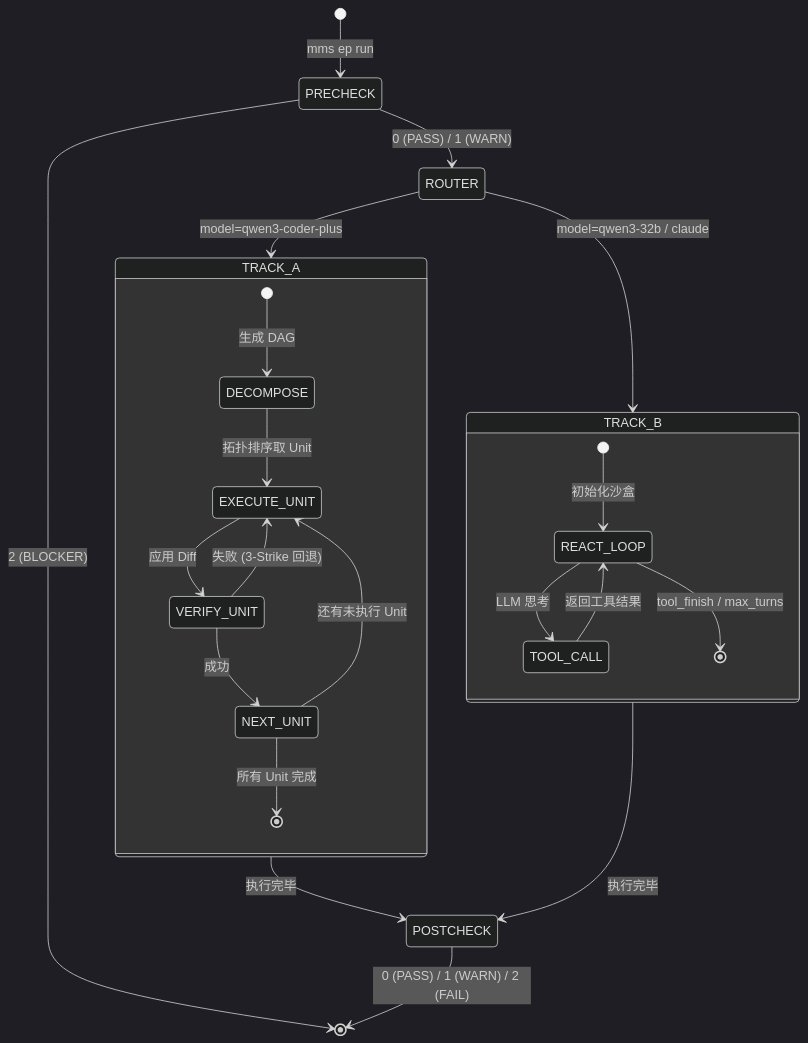
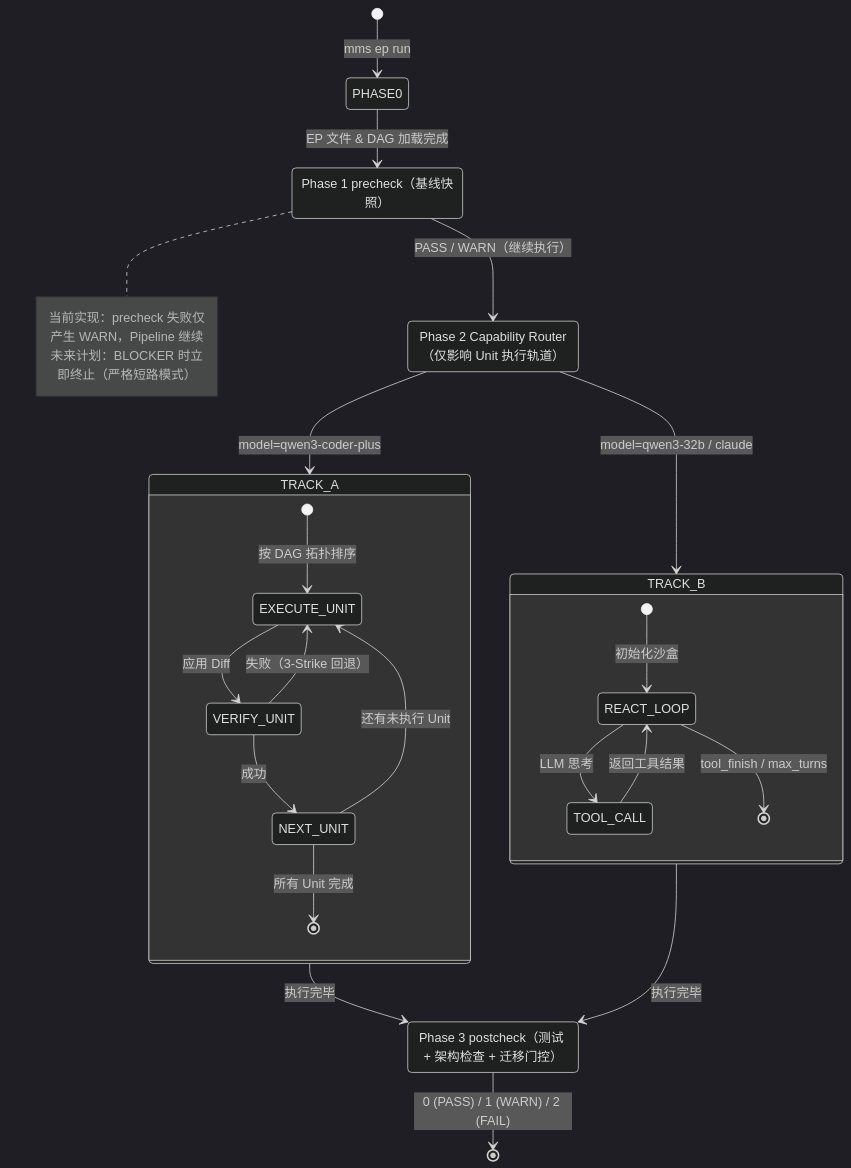
Before and after one commit to allengaoo/mms: the diagram in src/mms/workflow/workflow_readme.md, drawn with Mermaid (dark theme). The commit also changed other lines of this file, not shown here.

````diff
--- a/src/mms/workflow/workflow_readme.md
+++ b/src/mms/workflow/workflow_readme.md
@@ -76,31 +87,38 @@
 ```mermaid
 stateDiagram-v2
-    [*] --> PRECHECK: mms ep run
-    PRECHECK --> ROUTER: 0 (PASS) / 1 (WARN)
-    PRECHECK --> [*]: 2 (BLOCKER)
+    [*] --> PHASE0: mms ep run
+    PHASE0 --> PHASE1: EP 文件 & DAG 加载完成
 
+    PHASE1: Phase 1 precheck（基线快照）
+    PHASE1 --> ROUTER: PASS / WARN（继续执行）
+    note right of PHASE1
+        当前实现：precheck 失败仅产生 WARN，Pipeline 继续
+        未来计划：BLOCKER 时立即终止（严格短路模式）
+    end note
+
+    ROUTER: Phase 2 Capability Router（仅影响 Unit 执行轨道）
     ROUTER --> TRACK_A: model=qwen3-coder-plus
     ROUTER --> TRACK_B: model=qwen3-32b / claude
 
     state TRACK_A {
-        [*] --> DECOMPOSE: 生成 DAG
-        DECOMPOSE --> EXECUTE_UNIT: 拓扑排序取 Unit
+        [*] --> EXECUTE_UNIT: 按 DAG 拓扑排序
         EXECUTE_UNIT --> VERIFY_UNIT: 应用 Diff
-        VERIFY_UNIT --> EXECUTE_UNIT: 失败 (3-Strike 回退)
+        VERIFY_UNIT --> EXECUTE_UNIT: 失败（3-Strike 回退）
         VERIFY_UNIT --> NEXT_UNIT: 成功
         NEXT_UNIT --> EXECUTE_UNIT: 还有未执行 Unit
         NEXT_UNIT --> [*]: 所有 Unit 完成
     }
 
     state TRACK_B {
         [*] --> REACT_LOOP: 初始化沙盒
         REACT_LOOP --> TOOL_CALL: LLM 思考
         TOOL_CALL --> REACT_LOOP: 返回工具结果
         REACT_LOOP --> [*]: tool_finish / max_turns
     }
 
-    TRACK_A --> POSTCHECK: 执行完毕
-    TRACK_B --> POSTCHECK: 执行完毕
+    TRACK_A --> PHASE3: 执行完毕
+    TRACK_B --> PHASE3: 执行完毕
 
-    POSTCHECK --> [*]: 0 (PASS) / 1 (WARN) / 2 (FAIL)
+    PHASE3: Phase 3 postcheck（测试 + 架构检查 + 迁移门控）
+    PHASE3 --> [*]: 0 (PASS) / 1 (WARN) / 2 (FAIL)
 ```
````
